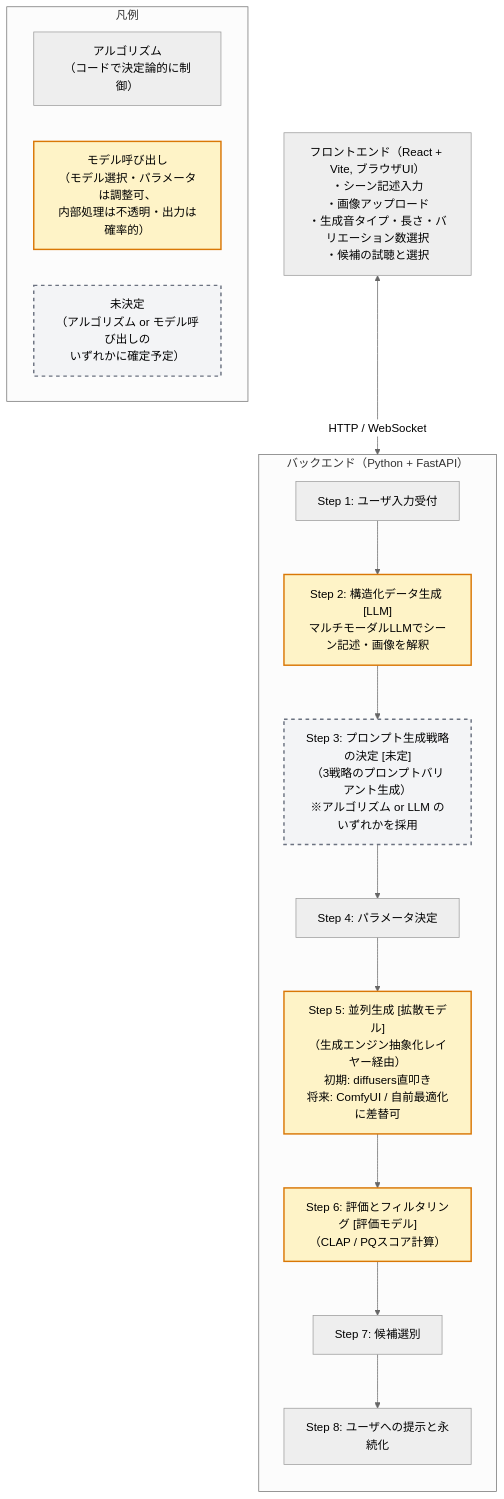
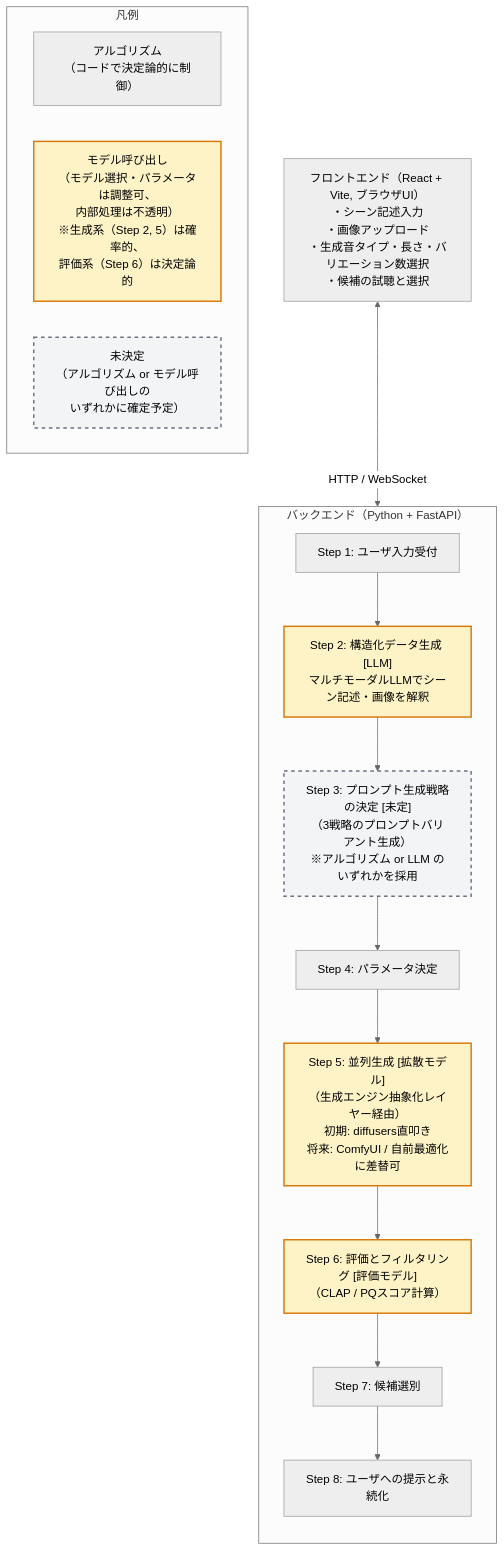
One commit to mgmaru/foley-forge-prototype changed the diagram in docs/foley-forge-dev.md. Above: the diagram before and after it, drawn with Mermaid (neutral theme).

Commit message:
Step6ではLLMは使用せず、決定論的であることを記載

````diff
--- a/docs/foley-forge-dev.md
+++ b/docs/foley-forge-dev.md
@@ -84,30 +84,30 @@
 ```mermaid
 flowchart TD
     FE["フロントエンド（React + Vite, ブラウザUI）<br/>・シーン記述入力<br/>・画像アップロード<br/>・生成音タイプ・長さ・バリエーション数選択<br/>・候補の試聴と選択"]
 
     FE <-->|HTTP / WebSocket| BE
 
     subgraph BE["バックエンド（Python + FastAPI）"]
         direction TB
         S1["Step 1: ユーザ入力受付"]
         S2["Step 2: 構造化データ生成 [LLM]<br/>マルチモーダルLLMでシーン記述・画像を解釈"]:::blackbox
         S3["Step 3: プロンプト生成戦略の決定 [未定]<br/>（3戦略のプロンプトバリアント生成）<br/>※アルゴリズム or LLM のいずれかを採用"]:::undecided
         S4["Step 4: パラメータ決定"]
         S5["Step 5: 並列生成 [拡散モデル]<br/>（生成エンジン抽象化レイヤー経由）<br/>初期: diffusers直叩き<br/>将来: ComfyUI / 自前最適化に差替可"]:::blackbox
         S6["Step 6: 評価とフィルタリング [評価モデル]<br/>（CLAP / PQスコア計算）"]:::blackbox
         S7["Step 7: 候補選別"]
         S8["Step 8: ユーザへの提示と永続化"]
 
         S1 --> S2 --> S3 --> S4 --> S5 --> S6 --> S7 --> S8
     end
 
     subgraph Legend["凡例"]
         direction LR
         L1["アルゴリズム<br/>（コードで決定論的に制御）"]
-        L2["モデル呼び出し<br/>（モデル選択・パラメータは調整可、<br/>内部処理は不透明・出力は確率的）"]:::blackbox
+        L2["モデル呼び出し<br/>（モデル選択・パラメータは調整可、<br/>内部処理は不透明）<br/>※生成系（Step 2, 5）は確率的、<br/>評価系（Step 6）は決定論的"]:::blackbox
         L3["未決定<br/>（アルゴリズム or モデル呼び出しの<br/>いずれかに確定予定）"]:::undecided
     end
 
     classDef blackbox fill:#fef3c7,stroke:#d97706,stroke-width:2px,color:#000
     classDef undecided fill:#f3f4f6,stroke:#6b7280,stroke-width:2px,stroke-dasharray:5 5,color:#000
 ```
````
